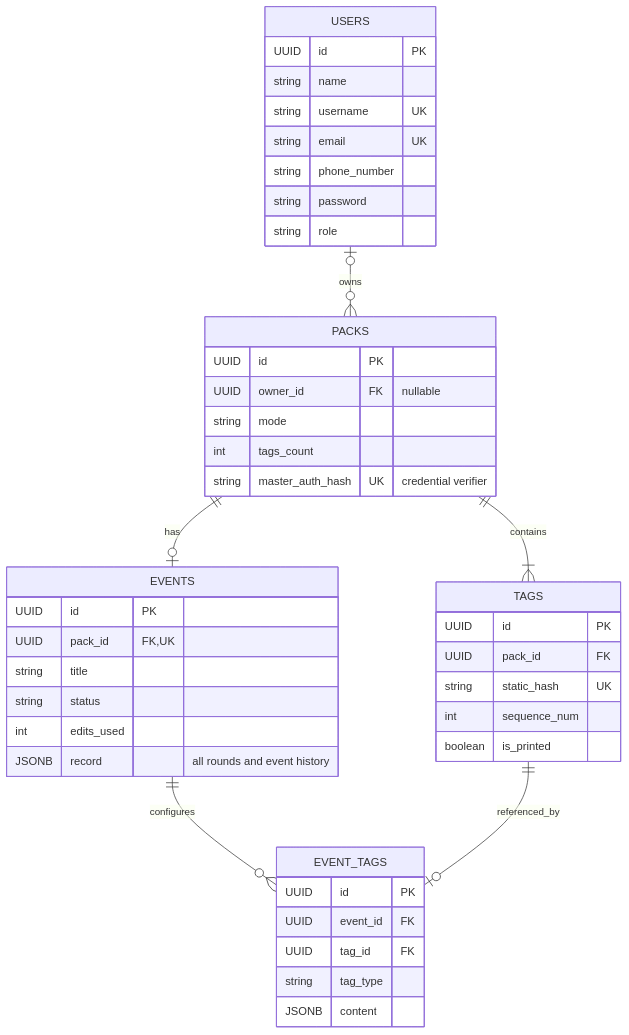
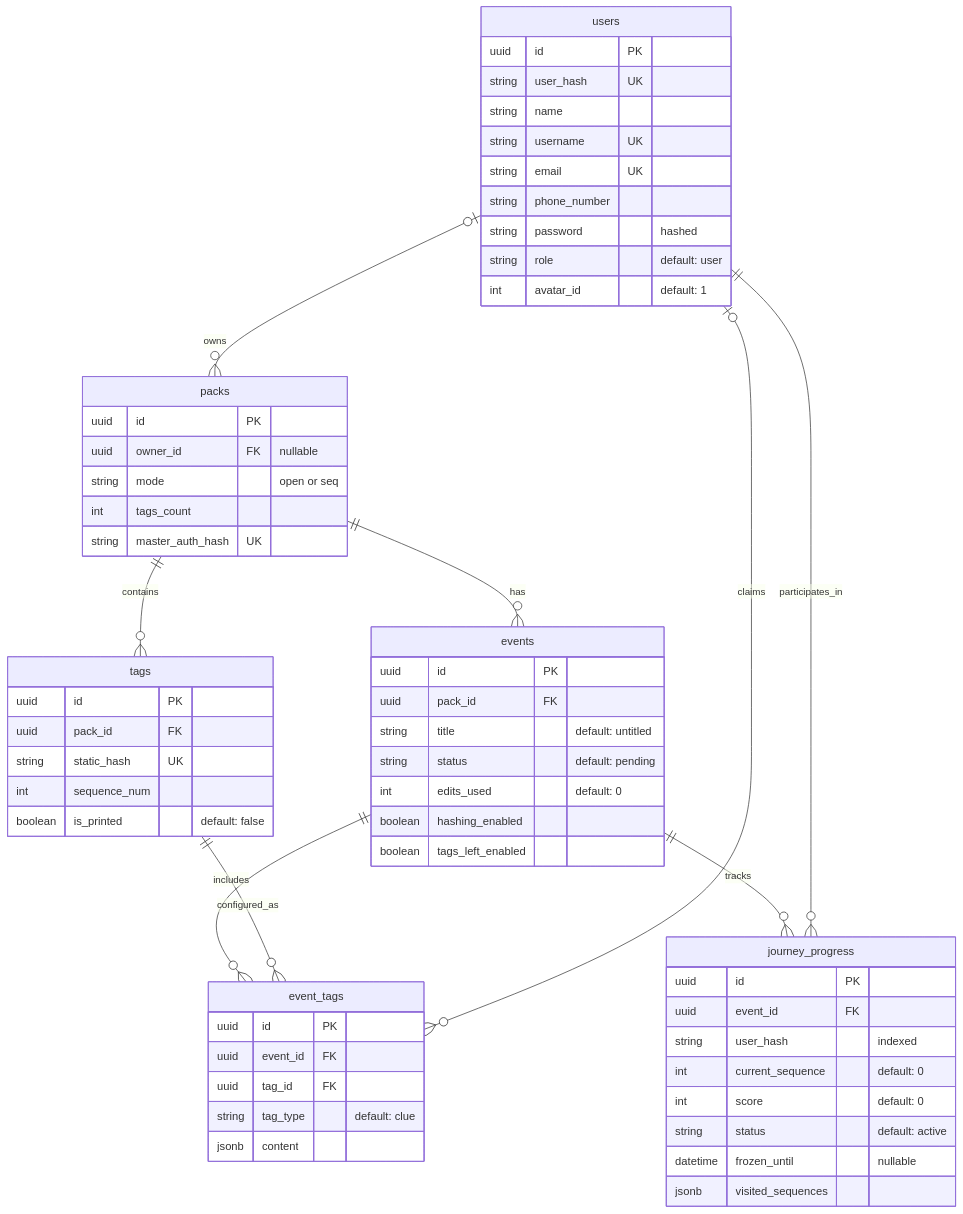
One commit to iEmanHamdan/Raccon changed the second of 8 diagrams in Mentors/Stages/Stage3/README.md. Above: the diagram before and after it, drawn with Mermaid. The commit also changed other lines of this file, not shown here.

Commit message:
chore: revise README for user stories and data model updates

````diff
--- a/Mentors/Stages/Stage3/README.md
+++ b/Mentors/Stages/Stage3/README.md
@@ -721,46 +705,68 @@
 ```mermaid
 erDiagram
-    USERS |o--o{ PACKS : owns
-    PACKS ||--|{ TAGS : contains
-    PACKS ||--o| EVENTS : has
-    EVENTS ||--o{ EVENT_TAGS : configures
-    TAGS ||--o| EVENT_TAGS : referenced_by
-    USERS {
-        UUID id PK
+    users |o--o{ packs : owns
+    packs ||--o{ tags : contains
+    packs ||--o{ events : has
+    events ||--o{ event_tags : includes
+    tags ||--o{ event_tags : configured_as
+    events ||--o{ journey_progress : tracks
+    users ||--o{ journey_progress : participates_in
+    users |o--o{ event_tags : claims
+
+    users {
+        uuid id PK
+        string user_hash UK
         string name
         string username UK
         string email UK
         string phone_number
-        string password
-        string role
+        string password "hashed"
+        string role "default: user"
+        int avatar_id "default: 1"
     }
-    PACKS {
-        UUID id PK
-        UUID owner_id FK "nullable"
-        string mode
+
+    packs {
+        uuid id PK
+        uuid owner_id FK "nullable"
+        string mode "open or seq"
         int tags_count
-        string master_auth_hash UK "credential verifier"
+        string master_auth_hash UK
     }
-    TAGS {
-        UUID id PK
-        UUID pack_id FK
+
+    tags {
+        uuid id PK
+        uuid pack_id FK
         string static_hash UK
         int sequence_num
-        boolean is_printed
+        boolean is_printed "default: false"
     }
-    EVENTS {
-        UUID id PK
-        UUID pack_id FK,UK
-        string title
-        string status
-        int edits_used
-        JSONB record "all rounds and event history"
+
+    events {
+        uuid id PK
+        uuid pack_id FK
+        string title "default: untitled"
+        string status "default: pending"
+        int edits_used "default: 0"
+        boolean hashing_enabled 
+        boolean tags_left_enabled
     }
-    EVENT_TAGS {
-        UUID id PK
-        UUID event_id FK
-        UUID tag_id FK
-        string tag_type
-        JSONB content
+
+    event_tags {
+        uuid id PK
+        uuid event_id FK
+        uuid tag_id FK
+        string tag_type "default: clue"
+        jsonb content
+    }
+
+    journey_progress {
+        uuid id PK
+        uuid event_id FK
+        string user_hash "indexed"
+        int current_sequence "default: 0"
+        int score "default: 0"
+        string status "default: active"
+        datetime frozen_until "nullable"
+        jsonb visited_sequences
     }
 ```
````
